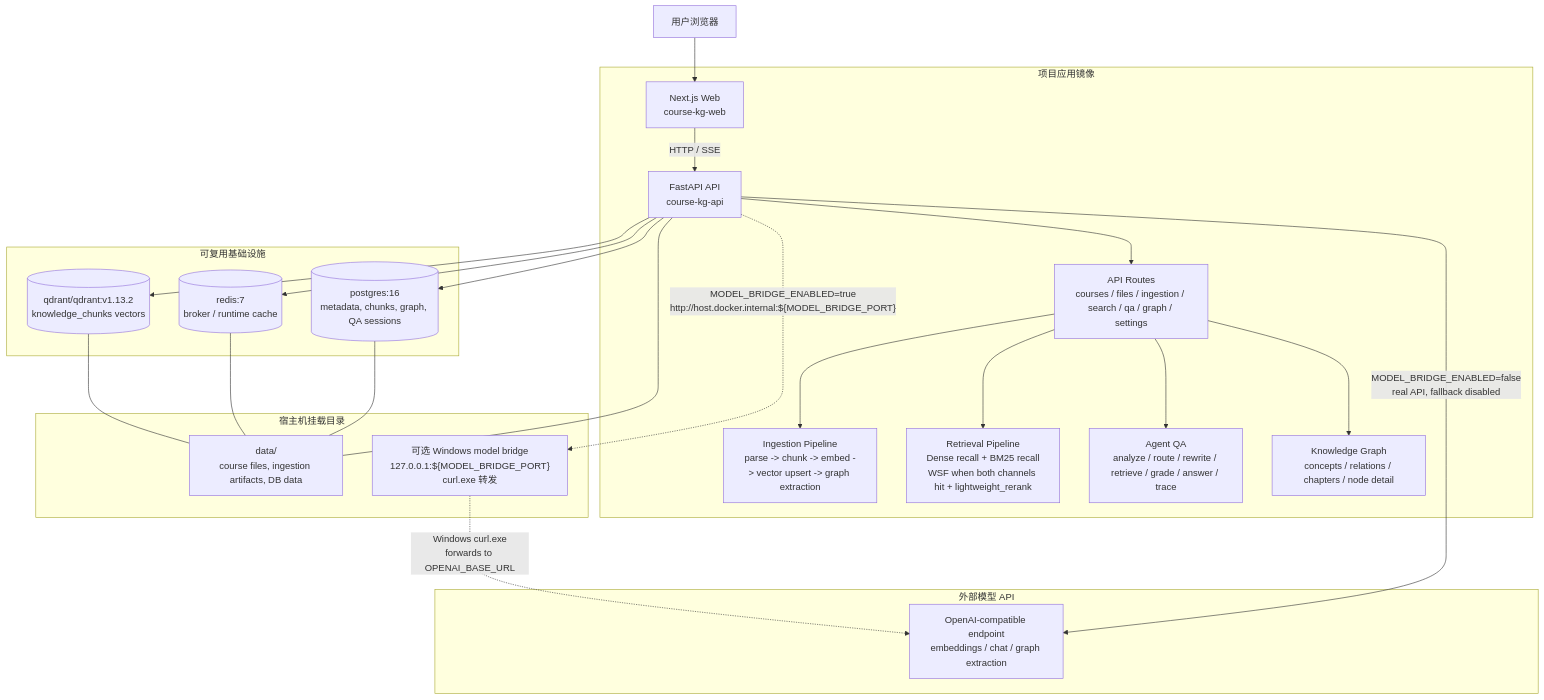
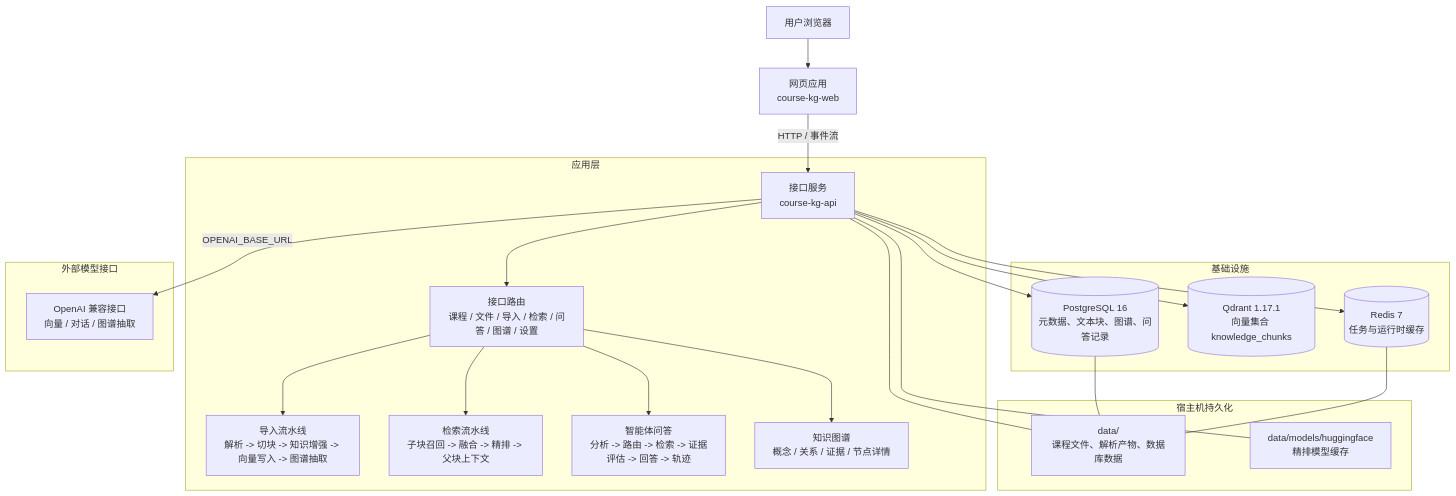
Before and after one commit to Sggggt/DialoGraph: the first of 5 diagrams in README.md, drawn with Mermaid. The commit also changed other lines of this file and 44 other files, not shown here.

````diff
--- a/README.md
+++ b/README.md
@@ -11,41 +42,37 @@
 ```mermaid
 flowchart TB
-    U["用户浏览器"] --> WEB["Next.js Web<br/>course-kg-web"]
-    WEB -->|"HTTP / SSE"| API["FastAPI API<br/>course-kg-api"]
+    USER["用户浏览器"] --> WEB["网页应用<br/>course-kg-web"]
+    WEB -->|"HTTP / 事件流"| API["接口服务<br/>course-kg-api"]
 
-    subgraph APP["项目应用镜像"]
-        WEB
-        API --> ROUTES["API Routes<br/>courses / files / ingestion / search / qa / graph / settings"]
-        ROUTES --> INGEST["Ingestion Pipeline<br/>parse -> chunk -> embed -> vector upsert -> graph extraction"]
-        ROUTES --> RETRIEVAL["Retrieval Pipeline<br/>Dense recall + BM25 recall<br/>WSF when both channels hit + lightweight_rerank"]
-        ROUTES --> AGENT["Agent QA<br/>analyze / route / rewrite / retrieve / grade / answer / trace"]
-        ROUTES --> GRAPH["Knowledge Graph<br/>concepts / relations / chapters / node detail"]
+    subgraph APP["应用层"]
+        API --> ROUTES["接口路由<br/>课程 / 文件 / 导入 / 检索 / 问答 / 图谱 / 设置"]
+        ROUTES --> INGEST["导入流水线<br/>解析 -> 切块 -> 知识增强 -> 向量写入 -> 图谱抽取"]
+        ROUTES --> SEARCH["检索流水线<br/>子块召回 -> 融合 -> 精排 -> 父块上下文"]
+        ROUTES --> AGENT["智能体问答<br/>分析 -> 路由 -> 检索 -> 证据评估 -> 回答 -> 轨迹"]
+        ROUTES --> GRAPH["知识图谱<br/>概念 / 关系 / 证据 / 节点详情"]
     end
 
-    subgraph INFRA["可复用基础设施"]
-        POSTGRES[("postgres:16<br/>metadata, chunks, graph, QA sessions")]
-        REDIS[("redis:7<br/>broker / runtime cache")]
-        QDRANT[("qdrant/qdrant:v1.13.2<br/>knowledge_chunks vectors")]
+    subgraph INFRA["基础设施"]
+        POSTGRES[("PostgreSQL 16<br/>元数据、文本块、图谱、问答记录")]
+        QDRANT[("Qdrant 1.17.1<br/>向量集合 knowledge_chunks")]
+        REDIS[("Redis 7<br/>任务与运行时缓存")]
     end
 
-    subgraph HOST["宿主机挂载目录"]
-        DATA["data/<br/>course files, ingestion artifacts, DB data"]
-        BRIDGE["可选 Windows model bridge<br/>127.0.0.1:${MODEL_BRIDGE_PORT}<br/>curl.exe 转发"]
+    subgraph STORAGE["宿主机持久化"]
+        DATA["data/<br/>课程文件、解析产物、数据库数据"]
+        MODEL_CACHE["data/models/huggingface<br/>精排模型缓存"]
     end
 
-    subgraph MODEL["外部模型 API"]
-        LLM["OpenAI-compatible endpoint<br/>embeddings / chat / graph extraction"]
+    subgraph MODEL["外部模型接口"]
+        LLM["OpenAI 兼容接口<br/>向量 / 对话 / 图谱抽取"]
     end
 
     API --> POSTGRES
+    API --> QDRANT
     API --> REDIS
-    API --> QDRANT
-    API -->|"MODEL_BRIDGE_ENABLED=false<br/>real API, fallback disabled"| LLM
-    API -. "MODEL_BRIDGE_ENABLED=true<br/>http://host.docker.internal:${MODEL_BRIDGE_PORT}" .-> BRIDGE
-    BRIDGE -. "Windows curl.exe<br/>forwards to OPENAI_BASE_URL" .-> LLM
-
+    API -->|"OPENAI_BASE_URL"| LLM
+    API --- DATA
+    API --- MODEL_CACHE
     POSTGRES --- DATA
     REDIS --- DATA
-    QDRANT --- DATA
-    API --- DATA
 ```
````
